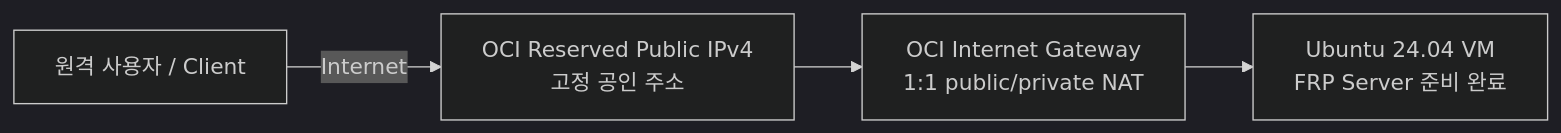
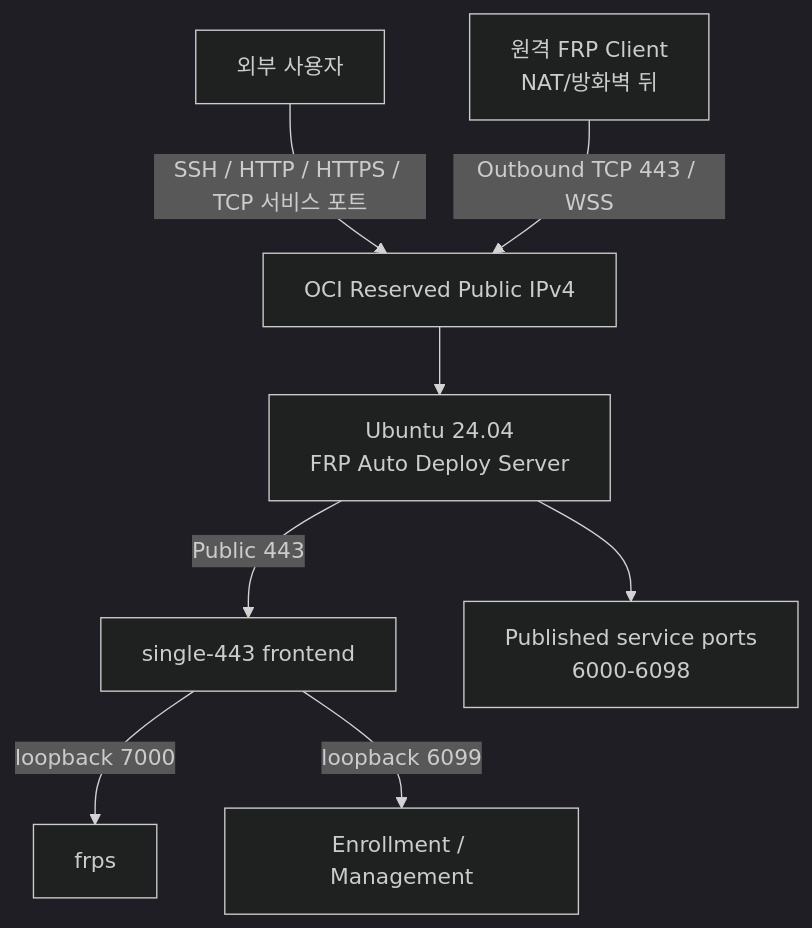
Before and after one commit to datarelay-labs/data-relay-link-docs: the diagram in ko/getting-started/oci-free-tier-server.mdx, drawn with Mermaid (dark theme). The commit also changed other lines of this file and 1 other file, not shown here.

````diff
--- a/ko/getting-started/oci-free-tier-server.mdx
+++ b/ko/getting-started/oci-free-tier-server.mdx
@@ -23,11 +27,10 @@
 ```mermaid
-flowchart LR
-    U[원격 사용자 / Client]
-    IP[OCI Reserved Public IPv4\n고정 공인 주소]
-    IG[OCI Internet Gateway\n1:1 public/private NAT]
-    VM[Ubuntu 24.04 VM\nFRP Server 준비 완료]
-
-    U -->|Internet| IP
-    IP --> IG
-    IG --> VM
+flowchart TD
+    U[외부 사용자] -->|SSH / HTTP / HTTPS / TCP 서비스 포트| PUB[OCI Reserved Public IPv4]
+    C[원격 FRP Client\nNAT/방화벽 뒤] -->|Outbound TCP 443 / WSS| PUB
+    PUB --> VM[Ubuntu 24.04\nFRP Auto Deploy Server]
+    VM -->|Public 443| FE[single-443 frontend]
+    FE -->|loopback 7000| FRPS[frps]
+    FE -->|loopback 6099| ENR[Enrollment / Management]
+    VM --> PORTS[Published service ports\n6000-6098]
 ```
````
